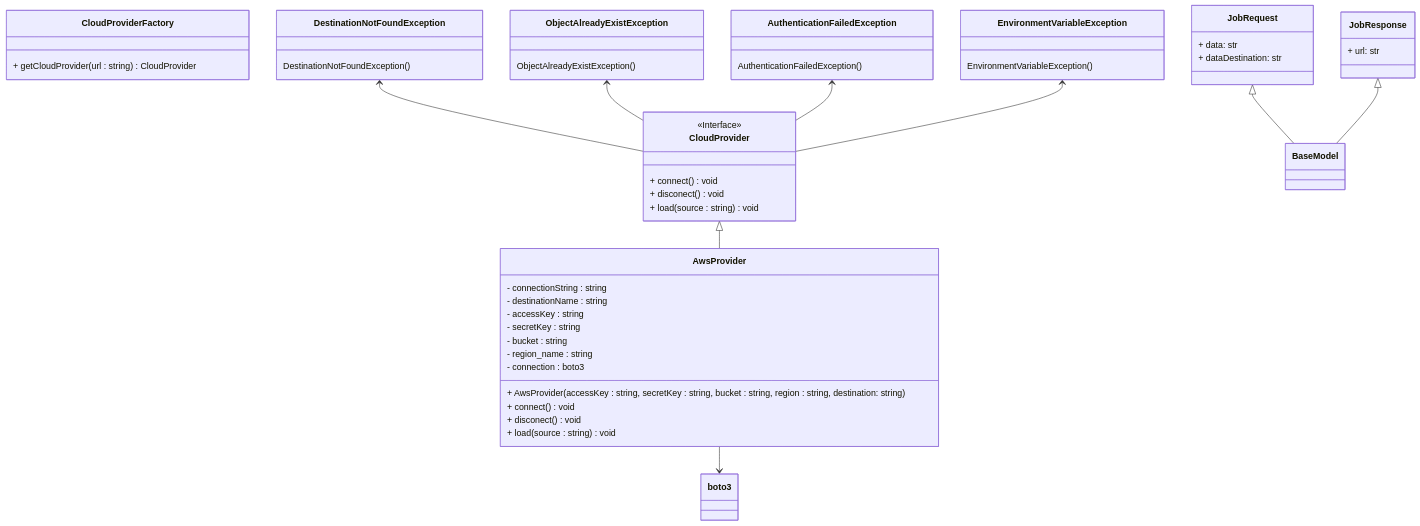
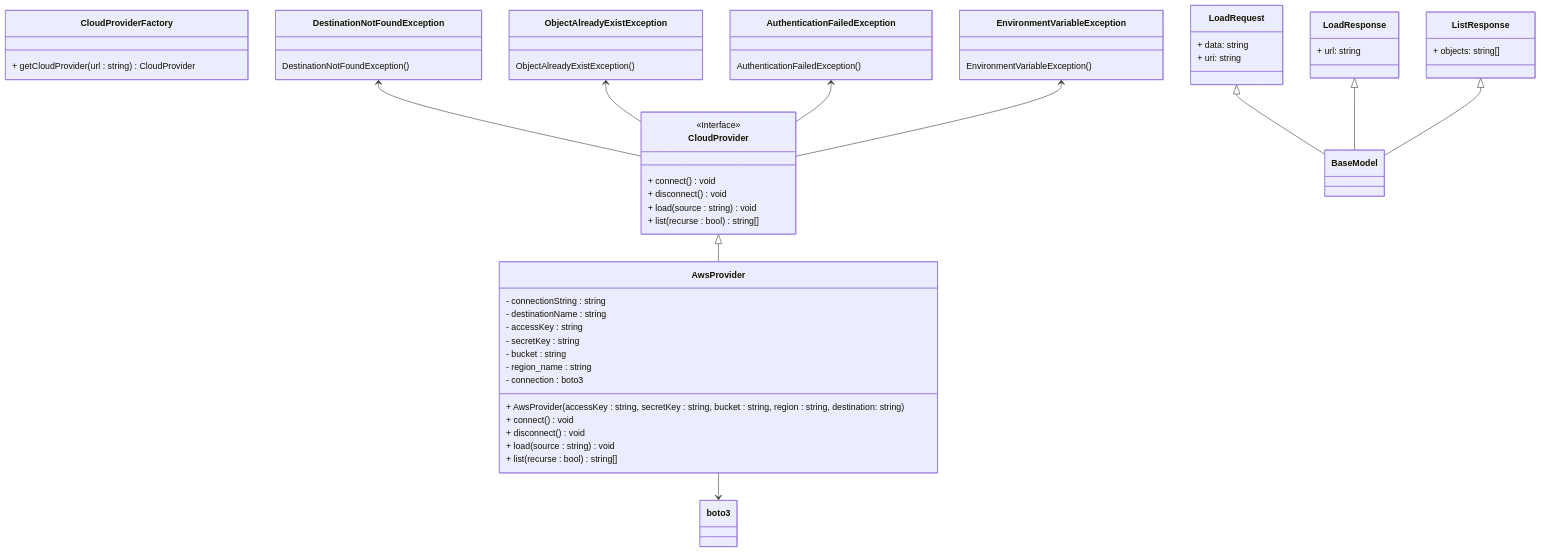
The diagram in docs/class_diagram.md (CPNV-ES-BI1-RIA2-ETL-INTERNAL-SOURCE/BUCKET), drawn with Mermaid before and after one commit.

Commit message:
docs: class diagram to include list

`````diff
--- a/docs/class_diagram.md
+++ b/docs/class_diagram.md
@@ -1,64 +1,73 @@
 ````mermaid
 classDiagram
     class CloudProvider {
         <<Interface>>        
         + connect() void
-        + disconect() void
+        + disconnect() void
         + load(source : string) void
+        + list(recurse : bool) string[]
     }
     
     class CloudProviderFactory {
         + getCloudProvider(url : string) CloudProvider
     }
     
     CloudProvider <|-- AwsProvider
     class AwsProvider {
         - connectionString : string
         - destinationName : string
         - accessKey : string
         - secretKey : string
         - bucket : string
         - region_name : string
         - connection : boto3
 
         + AwsProvider(accessKey : string, secretKey : string, bucket : string, region : string, destination: string)
         + connect() void 
-        + disconect() void
-        + load(source : string) void        
+        + disconnect() void
+        + load(source : string) void
+        + list(recurse : bool) string[]
     }
     
     DestinationNotFoundException <-- CloudProvider
     class DestinationNotFoundException {
         DestinationNotFoundException()
     }
     
     ObjectAlreadyExistException <-- CloudProvider
     class ObjectAlreadyExistException {
         ObjectAlreadyExistException()
     }
     
     AuthenticationFailedException <-- CloudProvider
     class AuthenticationFailedException {
         AuthenticationFailedException()
     }
     
     EnvironmentVariableException <-- CloudProvider
     class EnvironmentVariableException {
         EnvironmentVariableException()
     }
 
     AwsProvider --> boto3
     
     
-    JobRequest <|-- BaseModel
-    class JobRequest {
-    + data: str
-    + dataDestination: str
+    LoadRequest <|-- BaseModel
+    class LoadRequest {
+    + data: string
+    + uri: string
     }
     
-    JobResponse <|-- BaseModel
-    class JobResponse {
-    + url: str
+    LoadResponse <|-- BaseModel
+    class LoadResponse {
+    + url: string
     }
     
+    ListResponse <|-- BaseModel
+    class ListResponse {
+    + objects: string[]
+    }
+    
+    
+    
 ````
`````
